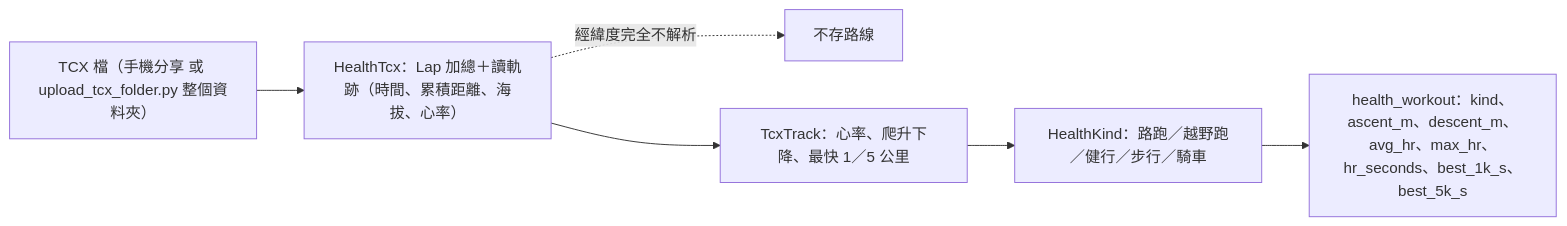
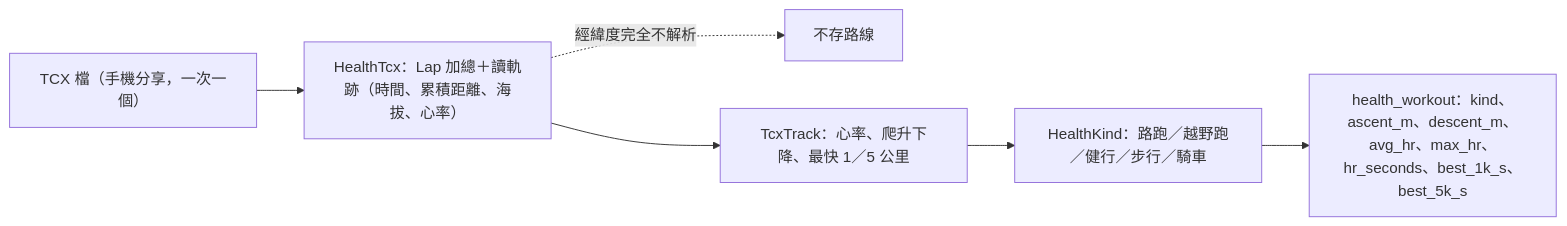
Before and after one commit to Vinskao/ty-multiverse-backend: the third of 4 diagrams in docs/HEALTH_DATA.md, drawn with Mermaid. The commit also changed other lines of this file and 2 other files, not shown here.

Commit message:
Remove the bulk TCX uploader; uploads are one share at a time from the phone
Claude-Session: https://claude.ai/code/session_011ARYTdmdygQyLkLWbu7YFo

````diff
--- a/docs/HEALTH_DATA.md
+++ b/docs/HEALTH_DATA.md
@@ -93,8 +93,8 @@
 ```mermaid
 flowchart LR
-    F["TCX 檔（手機分享 或 upload_tcx_folder.py 整個資料夾）"] --> P["HealthTcx：Lap 加總＋讀軌跡（時間、累積距離、海拔、心率）"]
+    F["TCX 檔（手機分享，一次一個）"] --> P["HealthTcx：Lap 加總＋讀軌跡（時間、累積距離、海拔、心率）"]
     P -.->|"經緯度完全不解析"| X["不存路線"]
     P --> T["TcxTrack：心率、爬升下降、最快 1／5 公里"]
     T --> K["HealthKind：路跑／越野跑／健行／步行／騎車"]
     K --> D["health_workout：kind、ascent_m、descent_m、avg_hr、max_hr、hr_seconds、best_1k_s、best_5k_s"]
 ```
````
